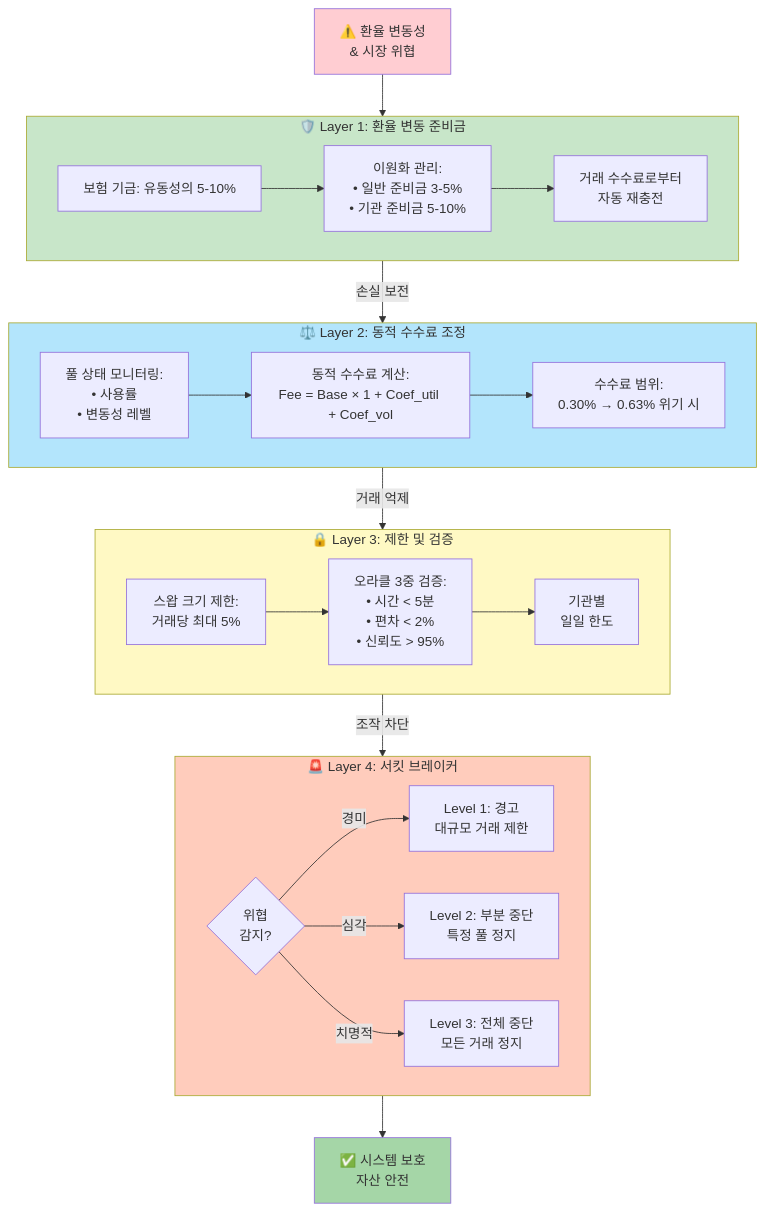
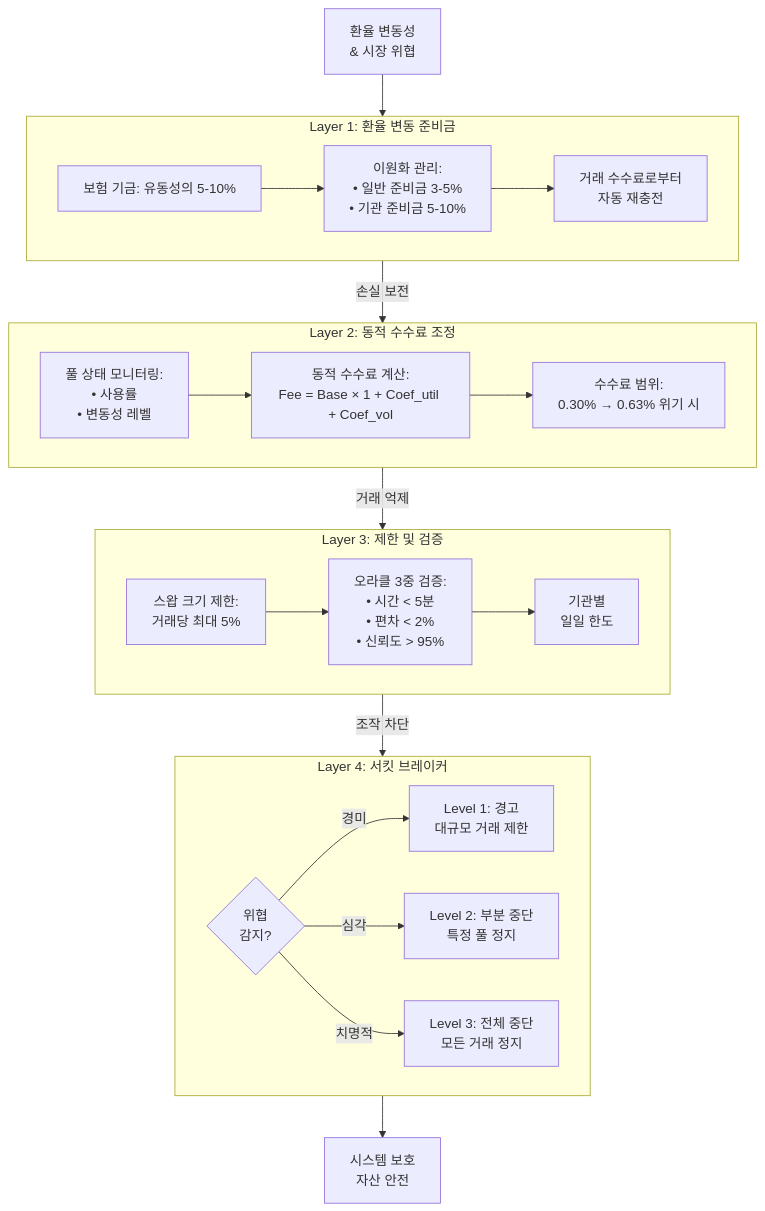
One commit to fbtopg/gurufin-docs changed the first of 3 diagrams in gurudex/06_risk_mitigation_kr.md. Above: the diagram before and after it, drawn with Mermaid. The commit also changed other lines of this file and 18 other files, not shown here.

````diff
--- a/gurudex/06_risk_mitigation_kr.md
+++ b/gurudex/06_risk_mitigation_kr.md
@@ -7,52 +7,45 @@
 ```mermaid
 flowchart TD
-    Threat[⚠️ 환율 변동성<br/>& 시장 위협]
+    Threat[환율 변동성<br/>& 시장 위협]
     
     Threat --> Layer1
     
-    subgraph Layer1["🛡️ Layer 1: 환율 변동 준비금"]
+    subgraph Layer1["Layer 1: 환율 변동 준비금"]
         L1A["보험 기금: 유동성의 5-10%"]
         L1B["이원화 관리:<br/>• 일반 준비금 3-5%<br/>• 기관 준비금 5-10%"]
         L1C["거래 수수료로부터<br/>자동 재충전"]
         L1A --> L1B --> L1C
     end
     
     Layer1 --> |손실 보전| Layer2
     
-    subgraph Layer2["⚖️ Layer 2: 동적 수수료 조정"]
+    subgraph Layer2["Layer 2: 동적 수수료 조정"]
         L2A["풀 상태 모니터링:<br/>• 사용률<br/>• 변동성 레벨"]
         L2B["동적 수수료 계산:<br/>Fee = Base × 1 + Coef_util + Coef_vol"]
         L2C["수수료 범위:<br/>0.30% → 0.63% 위기 시"]
         L2A --> L2B --> L2C
     end
     
     Layer2 --> |거래 억제| Layer3
     
-    subgraph Layer3["🔒 Layer 3: 제한 및 검증"]
+    subgraph Layer3["Layer 3: 제한 및 검증"]
         L3A["스왑 크기 제한:<br/>거래당 최대 5%"]
         L3B["오라클 3중 검증:<br/>• 시간 < 5분<br/>• 편차 < 2%<br/>• 신뢰도 > 95%"]
         L3C["기관별<br/>일일 한도"]
         L3A --> L3B --> L3C
     end
     
     Layer3 --> |조작 차단| Layer4
     
-    subgraph Layer4["🚨 Layer 4: 서킷 브레이커"]
+    subgraph Layer4["Layer 4: 서킷 브레이커"]
         L4A{위협<br/>감지?}
         L4B["Level 1: 경고<br/>대규모 거래 제한"]
         L4C["Level 2: 부분 중단<br/>특정 풀 정지"]
         L4D["Level 3: 전체 중단<br/>모든 거래 정지"]
         L4A -->|경미| L4B
         L4A -->|심각| L4C
         L4A -->|치명적| L4D
     end
     
-    Layer4 --> Protected[✅ 시스템 보호<br/>자산 안전]
-    
-    style Threat fill:#ffcdd2
-    style Layer1 fill:#c8e6c9
-    style Layer2 fill:#b3e5fc
-    style Layer3 fill:#fff9c4
-    style Layer4 fill:#ffccbc
-    style Protected fill:#a5d6a7
+    Layer4 --> Protected[시스템 보호<br/>자산 안전]
 ```
````
